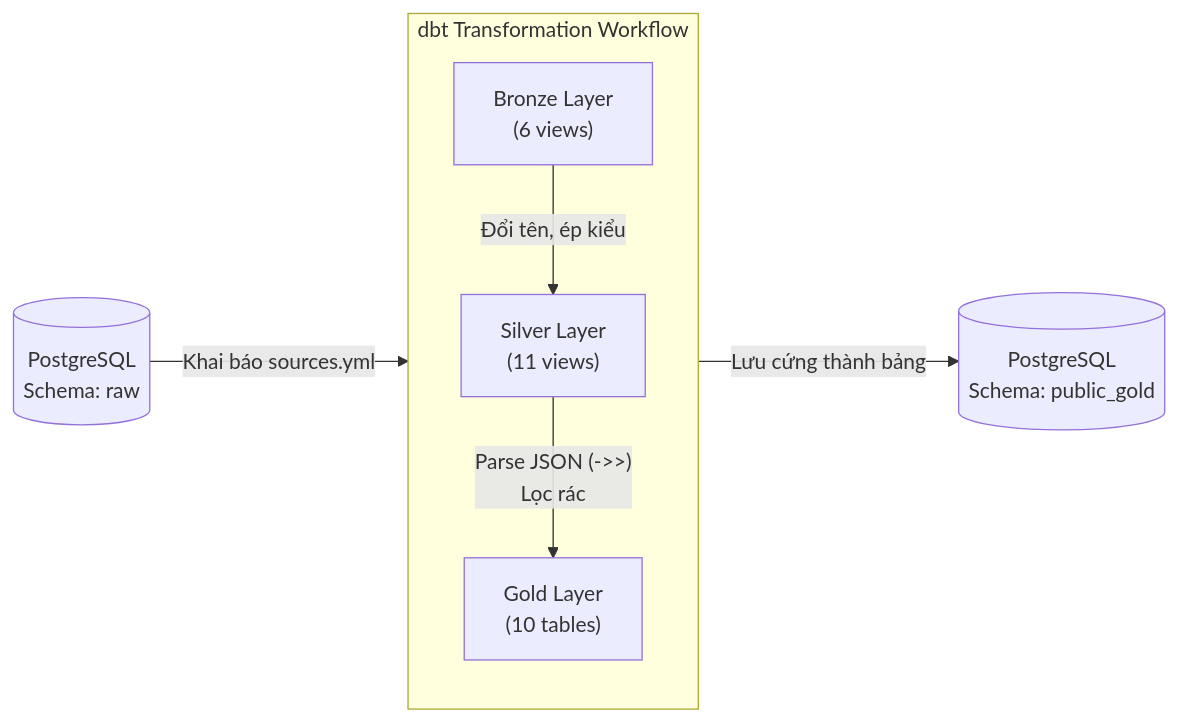
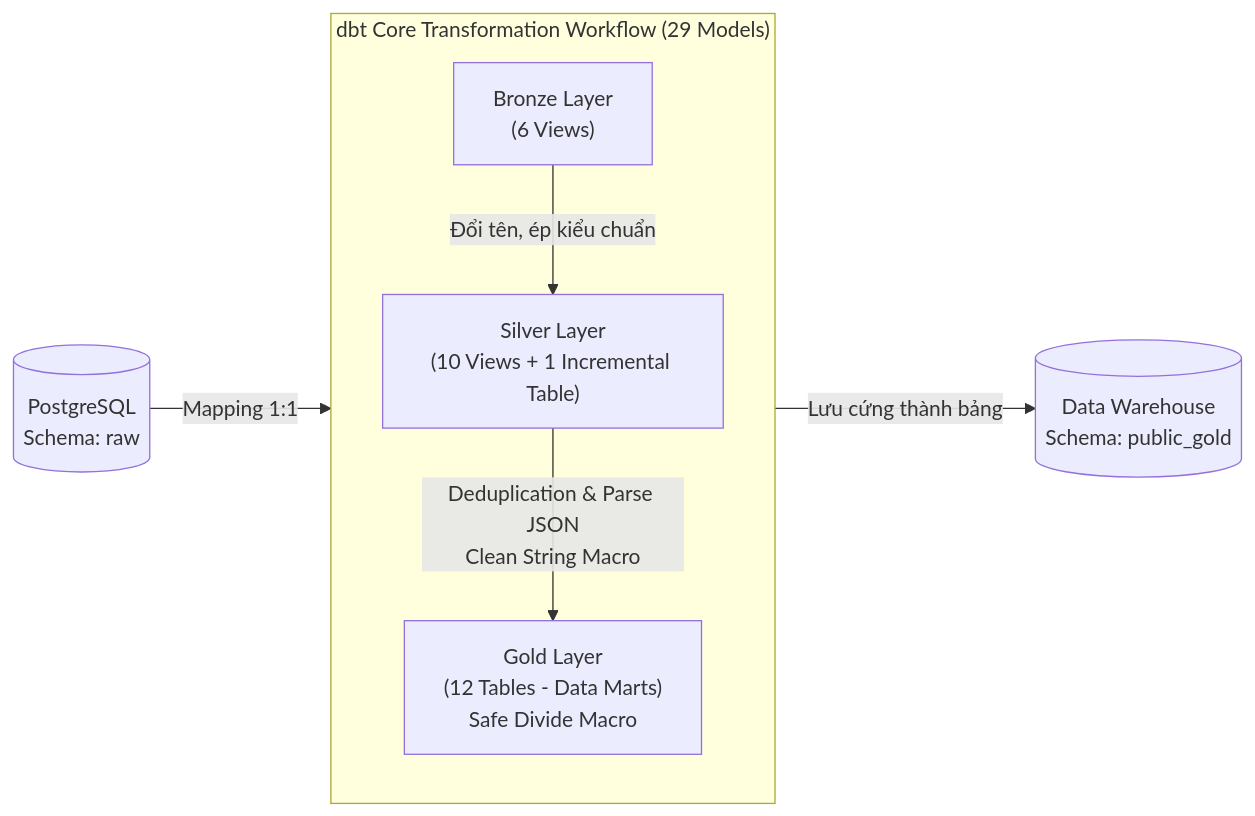
The third of 3 diagrams in README.md (PhucTruong11/laplaptech_pipeline), drawn with Mermaid before and after one commit. The commit also changed other lines of this file and 11 other files, not shown here.

````diff
--- a/README.md
+++ b/README.md
@@ -89,13 +90,13 @@
 ```mermaid
 flowchart LR
-    RAW[(PostgreSQL<br>Schema: raw)] -->|Khai báo sources.yml| BRONZE
+    RAW[(PostgreSQL<br>Schema: raw)] -->|Mapping 1:1| BRONZE
 
-    subgraph dbt ["dbt Transformation Workflow"]
+    subgraph dbt ["dbt Core Transformation Workflow (29 Models)"]
         direction TB
-        BRONZE["Bronze Layer<br>(6 views)"] -->|"Đổi tên, ép kiểu"| SILVER
-        SILVER["Silver Layer<br>(11 views)"] -->|"Parse JSON (->>)<br>Lọc rác"| GOLD
-        GOLD["Gold Layer<br>(10 tables)"]
+        BRONZE["Bronze Layer<br>(6 Views)"] -->|"Đổi tên, ép kiểu chuẩn"| SILVER
+        SILVER["Silver Layer<br>(10 Views + 1 Incremental Table)"] -->|"Deduplication & Parse JSON<br>Clean String Macro"| GOLD
+        GOLD["Gold Layer<br>(12 Tables - Data Marts)<br>Safe Divide Macro"]
     end
 
-    GOLD -->|"Lưu cứng thành bảng"| ST[(PostgreSQL<br>Schema: public_gold)]
+    GOLD -->|"Lưu cứng thành bảng"| ST[(Data Warehouse<br>Schema: public_gold)]
 ```
````
